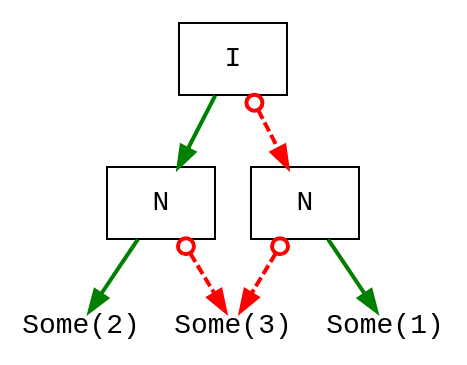
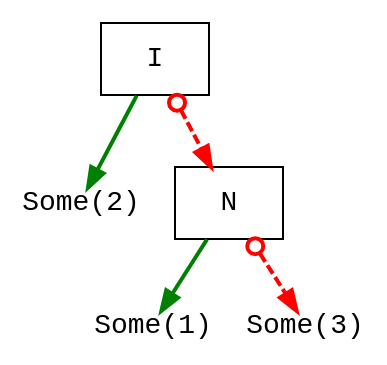
Before and after one commit to jimka2001/scala-rte: the diagram in doc/functional.scala/2024/dot/ldd-9.dot, drawn with Graphviz. The commit also changed 11 other files, not shown here.

```diff
--- a/doc/functional.scala/2024/dot/ldd-9.dot
+++ b/doc/functional.scala/2024/dot/ldd-9.dot
@@ -1,29 +1,28 @@
 digraph G {
 node [ fontsize=14];
 bgcolor="#ffffff00" # RGBA (with alpha)
 
 I [shape=box,label="I",fontname="Courier"]
 
-I -> Ip [style=solid,color=green,penwidth=2]
+I -> S2 [style=solid,color=green,penwidth=2]
 I -> In [style=dashed,color=red,penwidth=2,arrowhead=normal,arrowtail=odot,dir=both]
 
 In [shape=box,label="N",fontname="Courier"]
-Ip [shape=box,label="N",fontname="Courier"]
+S2 [shape=plain,label="Some(2)",fontname="Courier"]
 
-{rank=same Ip In }
+{rank=same S2 In }
 
 
-Ip -> S2 [style=solid,color=green,penwidth=2]
-Ip -> S3 [style=dashed,color=red,penwidth=2,arrowhead=normal,arrowtail=odot,dir=both]
+
 
 In -> S1 [style=solid,color=green,penwidth=2]
 In -> S3 [style=dashed,color=red,penwidth=2,arrowhead=normal,arrowtail=odot,dir=both]
 
-S2 [shape=plain,label="Some(2)",fontname="Courier"]
+
 
 S3 [shape=plain,label="Some(3)",fontname="Courier"]
 S1 [shape=plain,label="Some(1)",fontname="Courier"]
 
-{rank=same S2 S3 S1}
+{rank=same S3 S1}
 
 }
```
